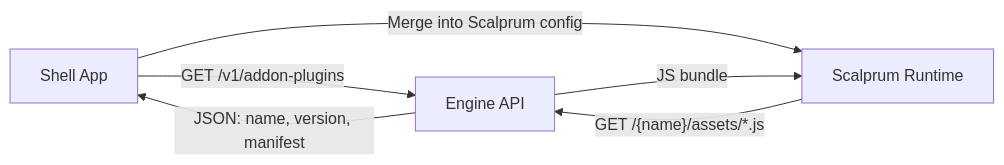
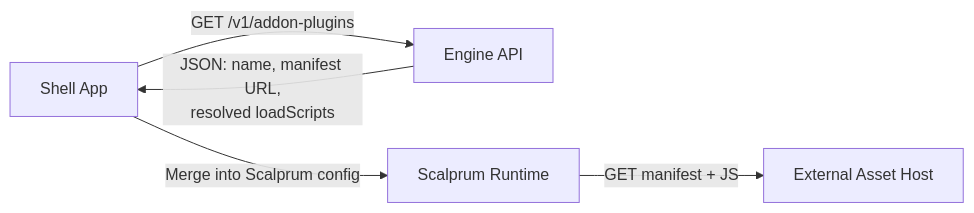
The fourth of 11 diagrams in docs/design/addon-ui-architecture.md (fleetshift/fleetshift-poc), drawn with Mermaid before and after one commit. The commit also changed other lines of this file, not shown here.

Commit message:
docs(ui-addons): add OCI and decoupled CDN model

````diff
--- a/docs/design/addon-ui-architecture.md
+++ b/docs/design/addon-ui-architecture.md
@@ -261,8 +281,7 @@
 ```mermaid
 graph LR
     SHELL["Shell App"] -->|"GET /v1/addon-plugins"| ENGINE["Engine API"]
-    ENGINE -->|"JSON: name, version, manifest"| SHELL
+    ENGINE -->|"JSON: name, manifest URL,<br/>resolved loadScripts"| SHELL
     SHELL -->|"Merge into Scalprum config"| SCALPRUM["Scalprum Runtime"]
-    SCALPRUM -->|"GET /{name}/assets/*.js"| ENGINE
-    ENGINE -->|"JS bundle"| SCALPRUM
+    SCALPRUM -->|"GET manifest + JS"| CDN["External Asset Host"]
 ```
````
